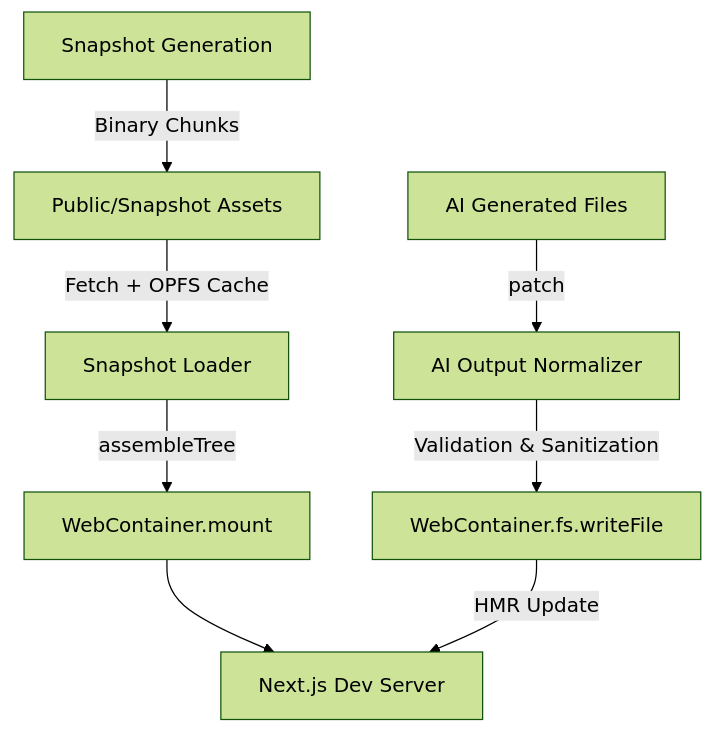
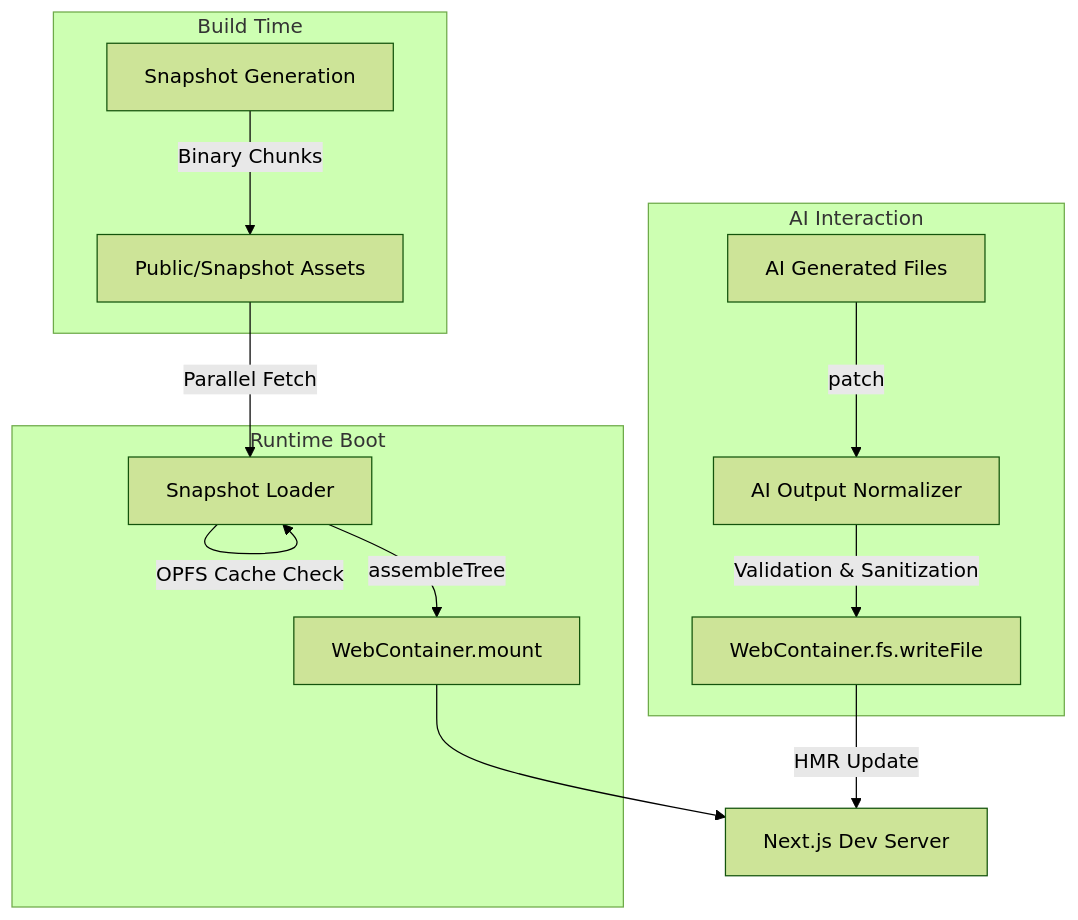
One commit to HimanshuMaurya1921/preview-worker-demo changed the diagram in STEPS-README.md. Above: the diagram before and after it, drawn with Mermaid (forest theme). The commit also changed other lines of this file and 4 other files, not shown here.

````diff
--- a/STEPS-README.md
+++ b/STEPS-README.md
@@ -12,10 +12,20 @@
 ```mermaid
 graph TD
-    A[Snapshot Generation] -->|Binary Chunks| B[Public/Snapshot Assets]
-    B -->|Fetch + OPFS Cache| C[Snapshot Loader]
-    C -->|assembleTree| D[WebContainer.mount]
-    E[AI Generated Files] -->|patch| F[AI Output Normalizer]
-    F -->|Validation & Sanitization| G[WebContainer.fs.writeFile]
+    subgraph Build Time
+        A[Snapshot Generation] -->|Binary Chunks| B[Public/Snapshot Assets]
+    end
+
+    subgraph Runtime Boot
+        B -->|Parallel Fetch| C[Snapshot Loader]
+        C -->|OPFS Cache Check| C
+        C -->|assembleTree| D[WebContainer.mount]
+    end
+
+    subgraph AI Interaction
+        E[AI Generated Files] -->|patch| F[AI Output Normalizer]
+        F -->|Validation & Sanitization| G[WebContainer.fs.writeFile]
+    end
+
     D --> H[Next.js Dev Server]
     G -->|HMR Update| H
 ```
````
